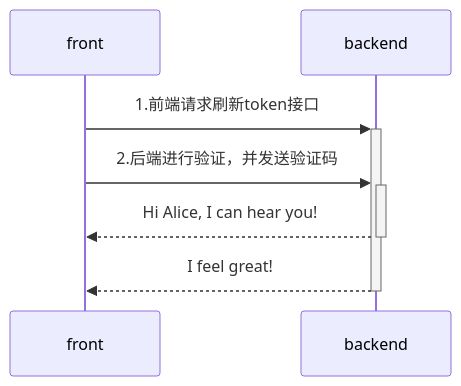
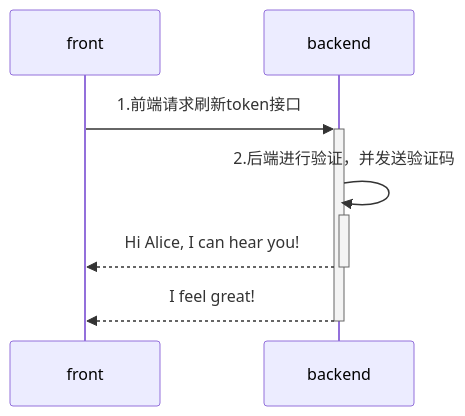
The diagram in all/未命名-4.md (yingjianzh/iodraw-files), drawn with Mermaid before and after one commit.

Commit message:
2024-08-02 17:40:06 update

````diff
--- a/all/未命名-4.md
+++ b/all/未命名-4.md
@@ -1,8 +1,8 @@
 ```mermaid
 sequenceDiagram
     front->>+backend: 1.前端请求刷新token接口
-    front->>+backend: 2.后端进行验证，并发送验证码
+    backend->>+backend: 2.后端进行验证，并发送验证码
     backend-->>-front: Hi Alice, I can hear you!
     backend-->>-front: I feel great!
             
 ```
````
